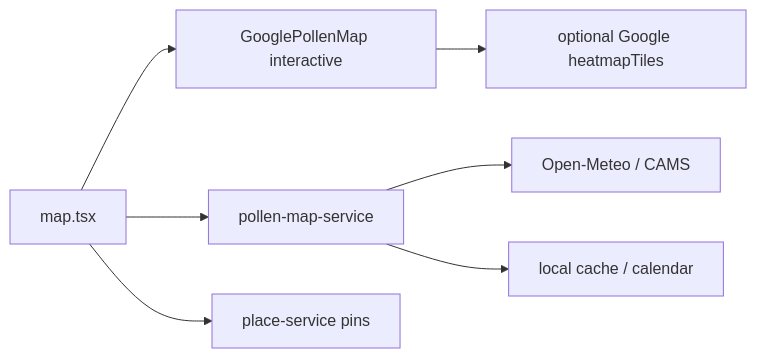
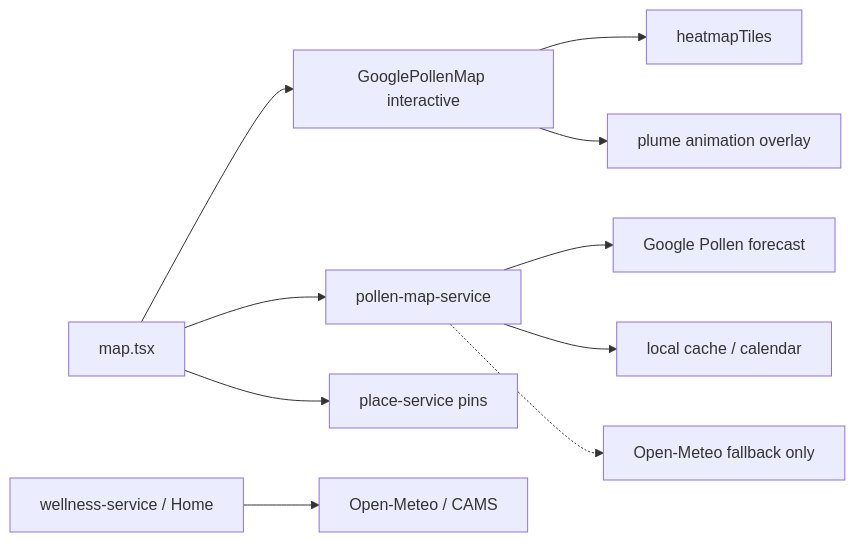
One commit to zuevfoton-art/AllerGuide changed the diagram in docs/interactive-pollen-map-plan.md. Above: the diagram before and after it, drawn with Mermaid. The commit also changed other lines of this file, not shown here.

First line of the commit message:
docs: expand interactive map plan with Google-on-map and plume

````diff
--- a/docs/interactive-pollen-map-plan.md
+++ b/docs/interactive-pollen-map-plan.md
@@ -98,9 +138,12 @@
 ```mermaid
 flowchart LR
-  UI["map.tsx"] --> Basemap["GooglePollenMap interactive"]
-  UI --> Levels["pollen-map-service"]
-  Levels --> OM["Open-Meteo / CAMS"]
+  MapUI["map.tsx"] --> Basemap["GooglePollenMap interactive"]
+  MapUI --> Levels["pollen-map-service"]
+  Levels --> Google["Google Pollen forecast"]
   Levels --> Cache["local cache / calendar"]
-  Basemap --> Heat["optional Google heatmapTiles"]
-  UI --> POI["place-service pins"]
+  Levels -.-> OMFallback["Open-Meteo fallback only"]
+  Basemap --> Heat["heatmapTiles"]
+  Basemap --> Plume["plume animation overlay"]
+  MapUI --> POI["place-service pins"]
+  Home["wellness-service / Home"] --> OM["Open-Meteo / CAMS"]
 ```
````
